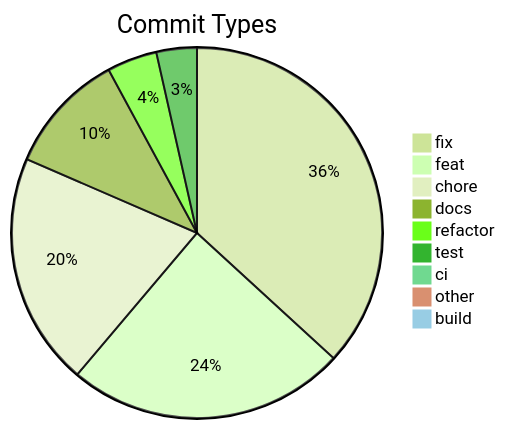
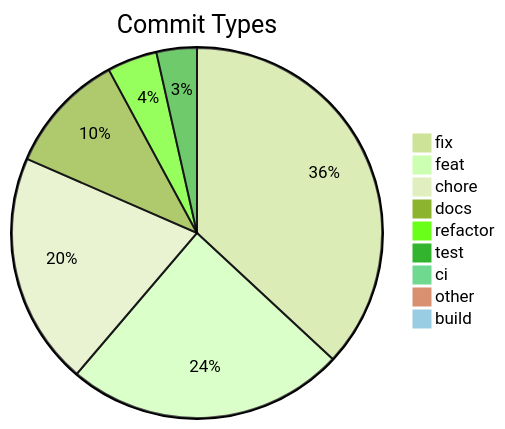
One commit to svenroth-ai/shipwright-webui changed the diagram in .shipwright/compliance/change-history.md. Above: the diagram before and after it, drawn with Mermaid (forest theme). The commit also changed other lines of this file and 20 other files, not shown here.

````diff
--- a/.shipwright/compliance/change-history.md
+++ b/.shipwright/compliance/change-history.md
@@ -8,12 +8,12 @@
 ```mermaid
 pie title Commit Types
-    "fix" : 219
+    "fix" : 220
     "feat" : 145
     "chore" : 121
     "docs" : 63
     "refactor" : 26
     "test" : 21
     "ci" : 5
     "other" : 4
     "build" : 1
 ```
````
